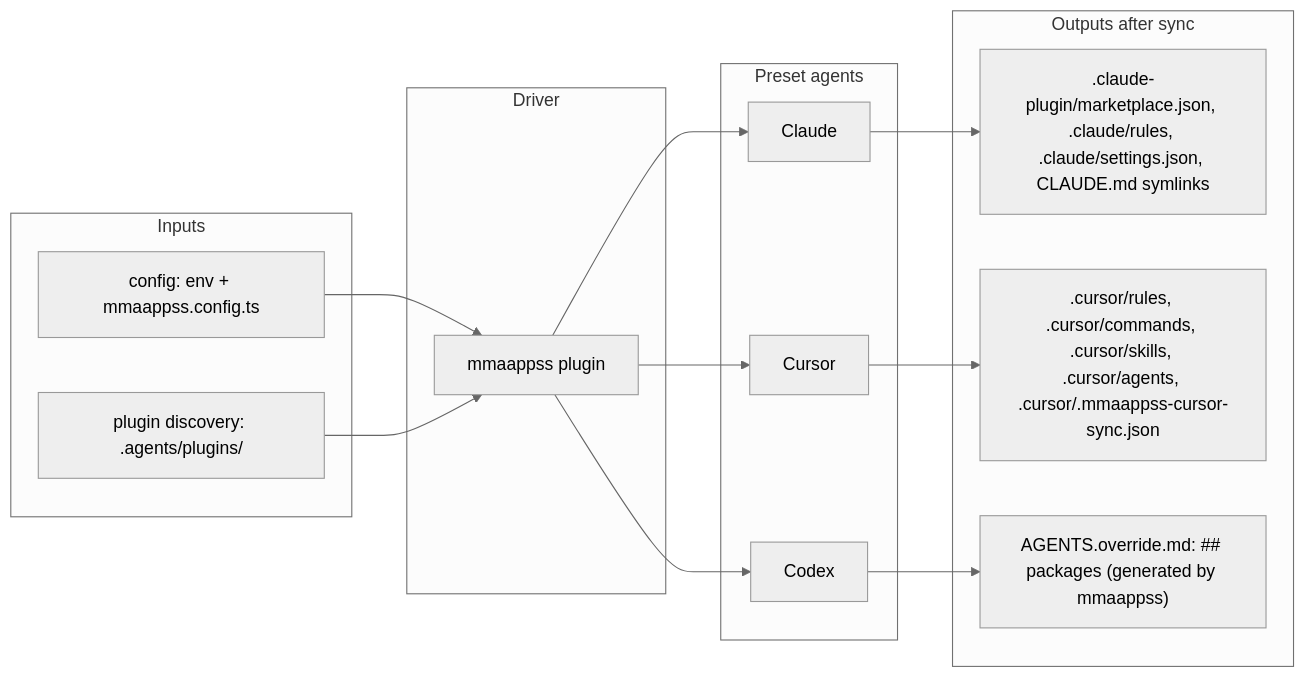
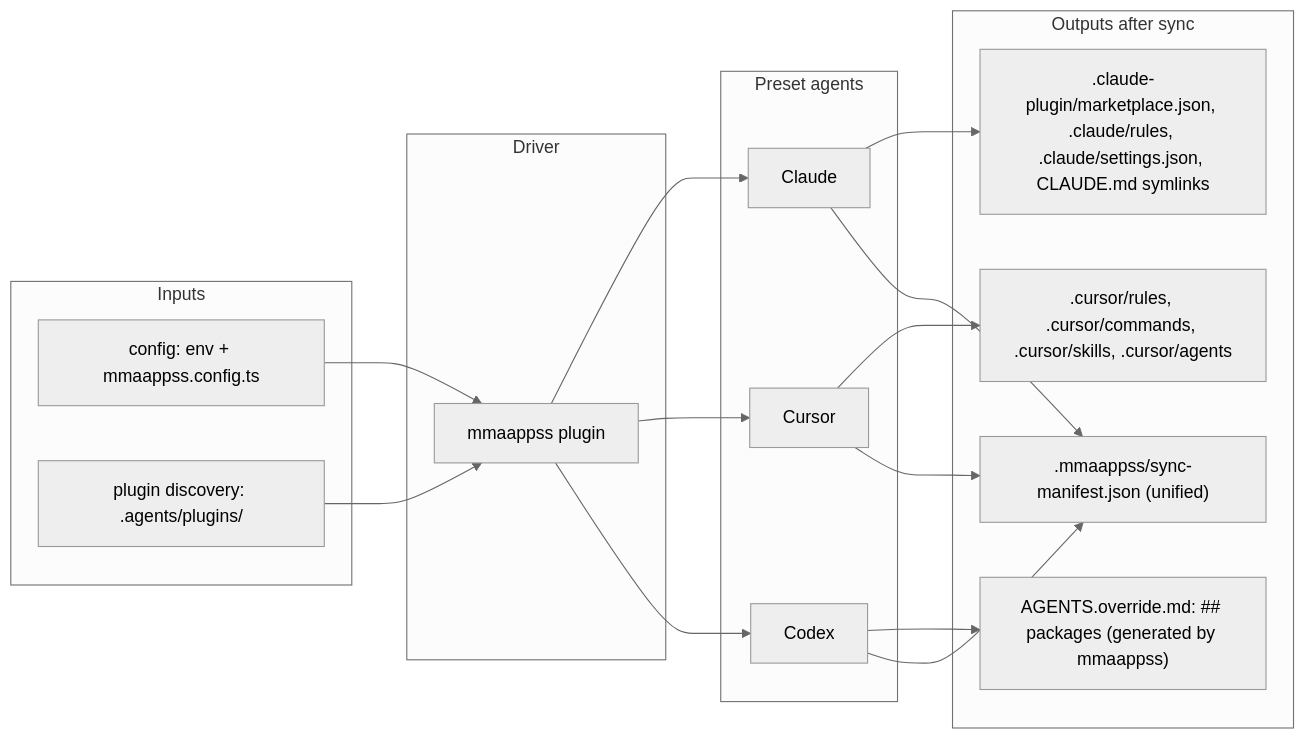
Before and after one commit to flycrum/mmaappss: the diagram in packages/sync/README.md, drawn with Mermaid (neutral theme). The commit also changed 32 other files, not shown here.

````diff
--- a/packages/sync/README.md
+++ b/packages/sync/README.md
@@ -27,28 +27,32 @@
 ```mermaid
 flowchart LR
   subgraph inputs [Inputs]
     Config[config: env + mmaappss.config.ts]
     Discovery[plugin discovery: .agents/plugins/]
   end
   subgraph driver [Driver]
     Plugin[mmaappss plugin]
   end
   subgraph agents [Preset agents]
     Claude[Claude]
     Cursor[Cursor]
     Codex[Codex]
   end
   subgraph outputs [Outputs after sync]
     OutClaude[".claude-plugin/marketplace.json, .claude/rules, .claude/settings.json, CLAUDE.md symlinks"]
-    OutCursor[".cursor/rules, .cursor/commands, .cursor/skills, .cursor/agents, .cursor/.mmaappss-cursor-sync.json"]
+    OutCursor[".cursor/rules, .cursor/commands, .cursor/skills, .cursor/agents"]
     OutCodex["AGENTS.override.md: ## packages (generated by mmaappss)"]
+    Manifest[".mmaappss/sync-manifest.json (unified)"]
   end
   Config --> Plugin
   Discovery --> Plugin
   Plugin --> Claude
   Plugin --> Cursor
   Plugin --> Codex
   Claude --> OutClaude
   Cursor --> OutCursor
   Codex --> OutCodex
+  Claude --> Manifest
+  Cursor --> Manifest
+  Codex --> Manifest
 ```
````
